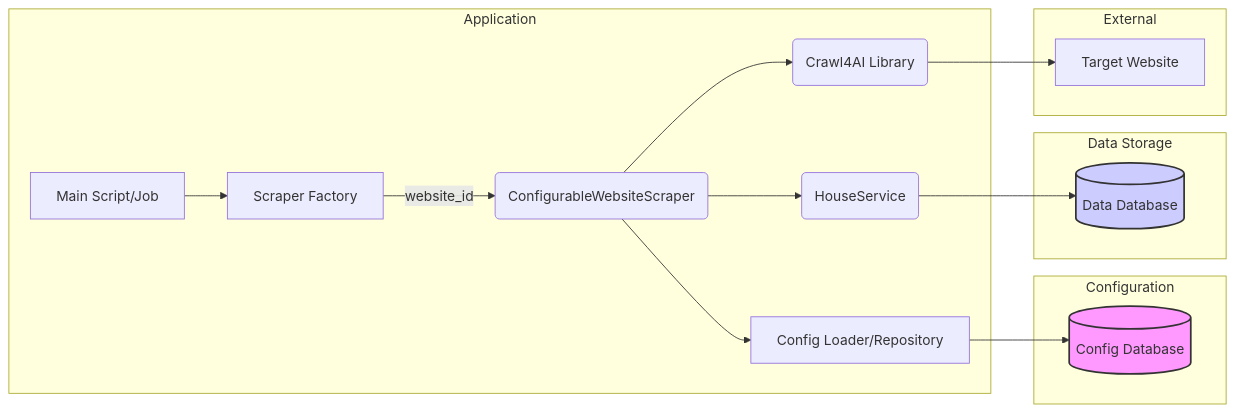
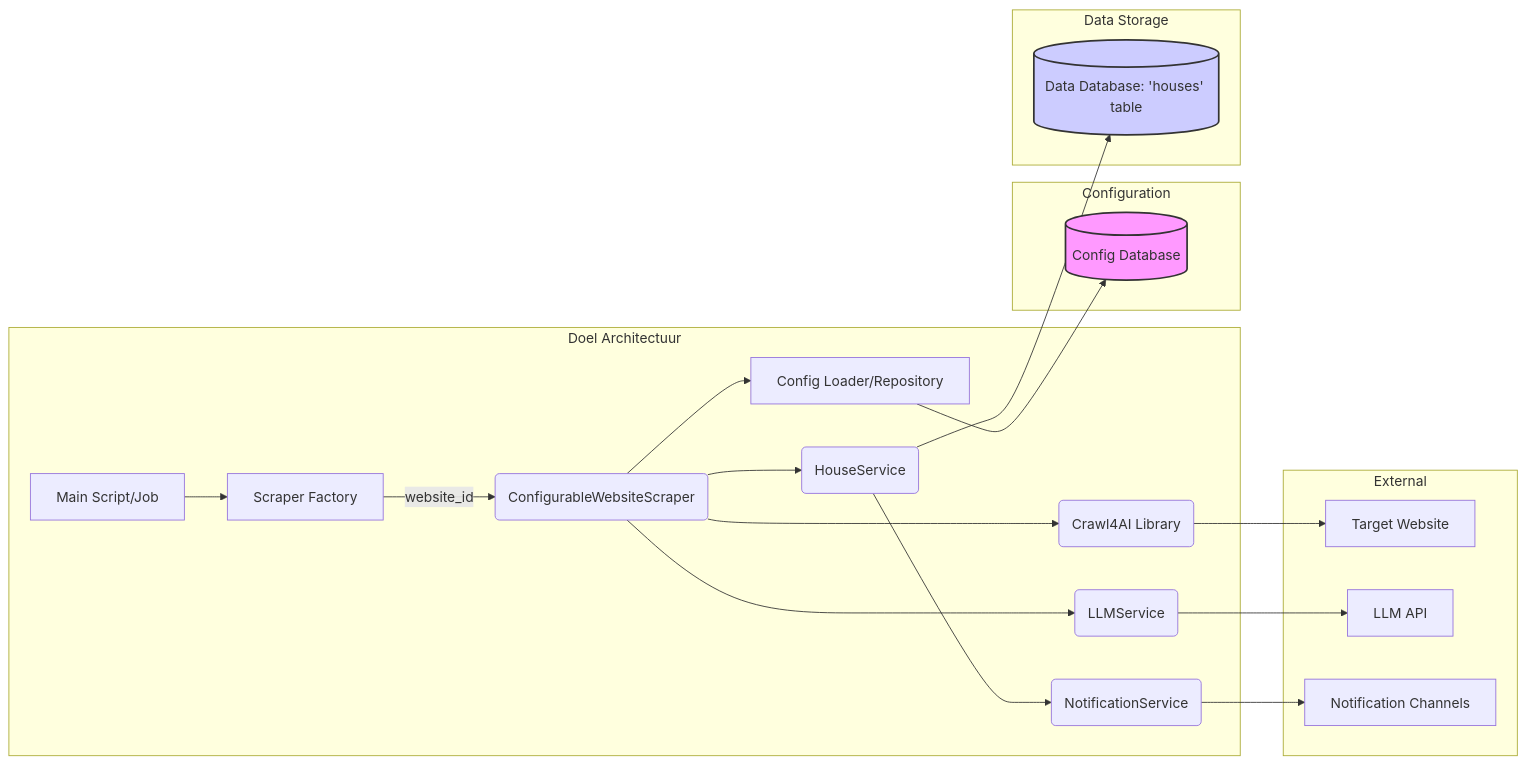
The first of 2 diagrams in implementation_plan.md (Darkshadenl/cursor_steal_house), drawn with Mermaid before and after one commit. The commit also changed other lines of this file, not shown here.

````diff
--- a/implementation_plan.md
+++ b/implementation_plan.md
@@ -29,25 +39,29 @@
 ```mermaid
 graph LR
-    subgraph Application
+    subgraph Application [Doel Architectuur]
         A[Main Script/Job] --> F[Scraper Factory]
         F -->|website_id| CS(ConfigurableWebsiteScraper)
         CS --> CL[Config Loader/Repository]
         CS --> C4A(Crawl4AI Library)
+        CS --> LLM(LLMService)
         CS --> HS(HouseService)
+        HS --> NS(NotificationService)
     end
 
     subgraph Configuration
         CL --> DB[(Config Database)]
     end
 
     subgraph Data Storage
-        HS --> DDB[(Data Database)]
+        HS --> DDB[(Data Database: 'houses' table)]
     end
 
     subgraph External
         C4A --> W[Target Website]
+        LLM --> LLM_API[LLM API]
+        NS --> NOTIF_CHANNELS[Notification Channels]
     end
 
     style DB fill:#f9f,stroke:#333,stroke-width:2px
     style DDB fill:#ccf,stroke:#333,stroke-width:2px
 ```
````
